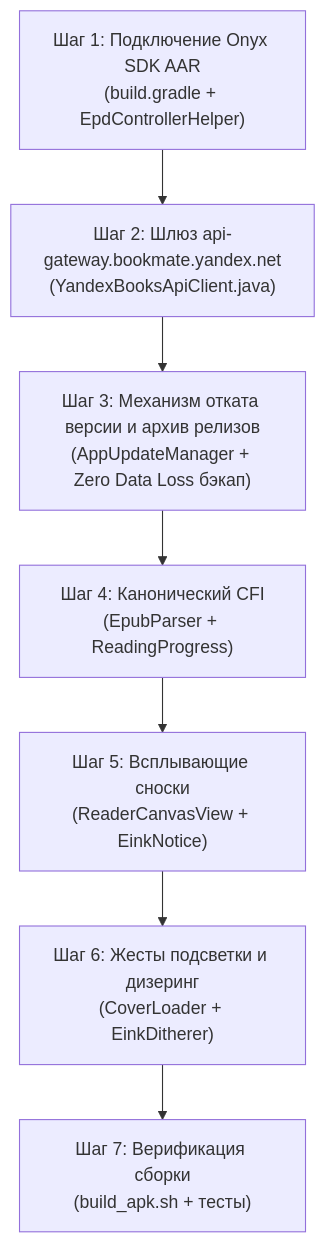
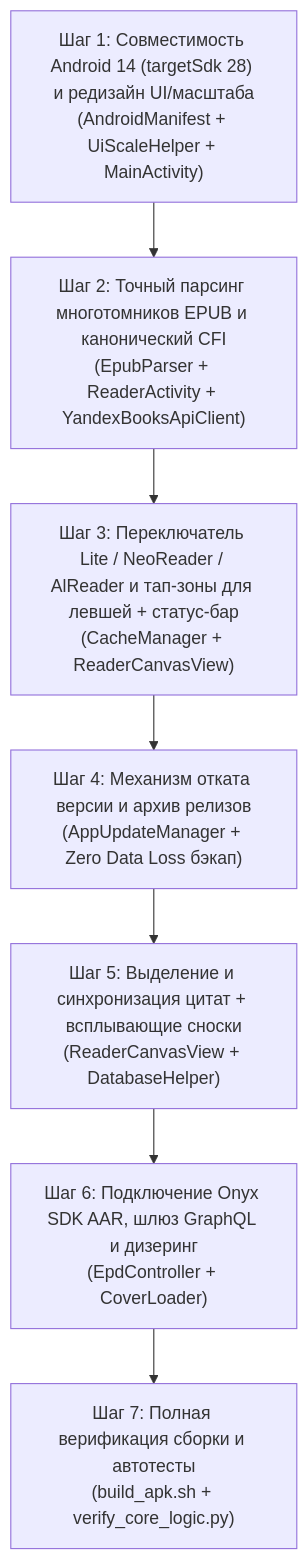
One commit to litvaerickson-spec/onyx-yandex-books changed the diagram in UPGRADE_AND_IMPLEMENTATION_SPEC.md. Above: the diagram before and after it, drawn with Mermaid. The commit also changed other lines of this file, not shown here.

Commit message:
docs(spec): incorporate 4PDA user feedback modules (Android 14 targetSdk, omnibus EPUB, UI scale, AlReader toggle, left-handed tap zones, quotes)

````diff
--- a/UPGRADE_AND_IMPLEMENTATION_SPEC.md
+++ b/UPGRADE_AND_IMPLEMENTATION_SPEC.md
@@ -450,9 +571,9 @@
 ```mermaid
 flowchart TD
-    Step1["Шаг 1: Подключение Onyx SDK AAR<br/>(build.gradle + EpdControllerHelper)"] --> Step2["Шаг 2: Шлюз api-gateway.bookmate.yandex.net<br/>(YandexBooksApiClient.java)"]
-    Step2 --> Step3["Шаг 3: Механизм отката версии и архив релизов<br/>(AppUpdateManager + Zero Data Loss бэкап)"]
-    Step3 --> Step4["Шаг 4: Канонический CFI<br/>(EpubParser + ReadingProgress)"]
-    Step4 --> Step5["Шаг 5: Всплывающие сноски<br/>(ReaderCanvasView + EinkNotice)"]
-    Step5 --> Step6["Шаг 6: Жесты подсветки и дизеринг<br/>(CoverLoader + EinkDitherer)"]
-    Step6 --> Step7["Шаг 7: Верификация сборки<br/>(build_apk.sh + тесты)"]
+    Step1["Шаг 1: Совместимость Android 14 (targetSdk 28) и редизайн UI/масштаба<br/>(AndroidManifest + UiScaleHelper + MainActivity)"] --> Step2["Шаг 2: Точный парсинг многотомников EPUB и канонический CFI<br/>(EpubParser + ReaderActivity + YandexBooksApiClient)"]
+    Step2 --> Step3["Шаг 3: Переключатель Lite / NeoReader / AlReader и тап-зоны для левшей + статус-бар<br/>(CacheManager + ReaderCanvasView)"]
+    Step3 --> Step4["Шаг 4: Механизм отката версии и архив релизов<br/>(AppUpdateManager + Zero Data Loss бэкап)"]
+    Step4 --> Step5["Шаг 5: Выделение и синхронизация цитат + всплывающие сноски<br/>(ReaderCanvasView + DatabaseHelper)"]
+    Step5 --> Step6["Шаг 6: Подключение Onyx SDK AAR, шлюз GraphQL и дизеринг<br/>(EpdController + CoverLoader)"]
+    Step6 --> Step7["Шаг 7: Полная верификация сборки и автотесты<br/>(build_apk.sh + verify_core_logic.py)"]
 ```
````
